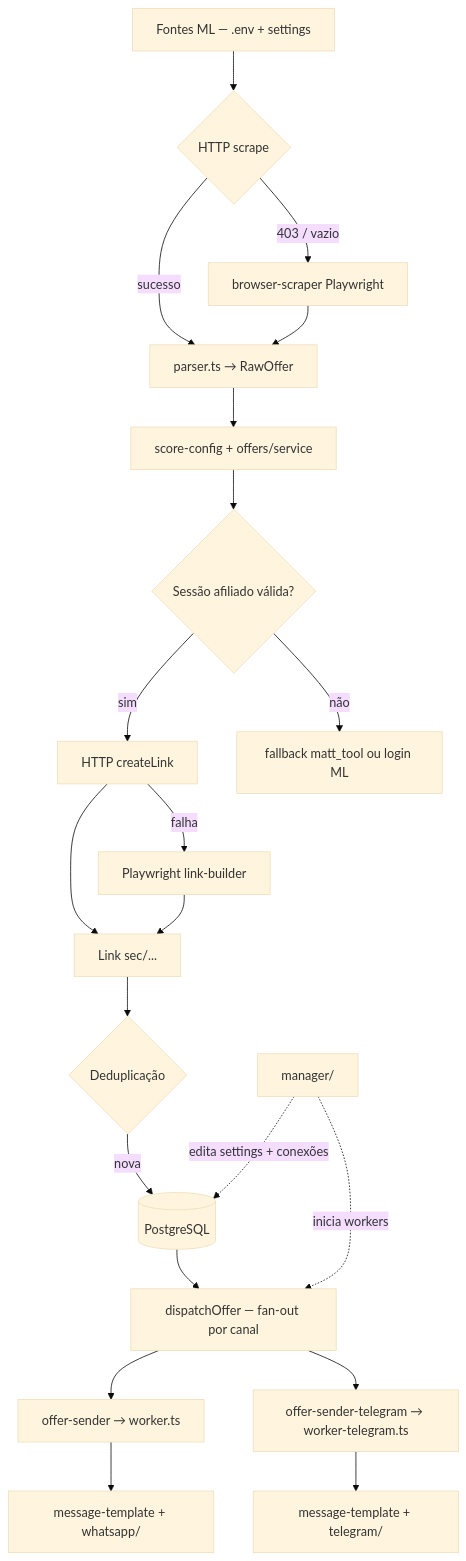
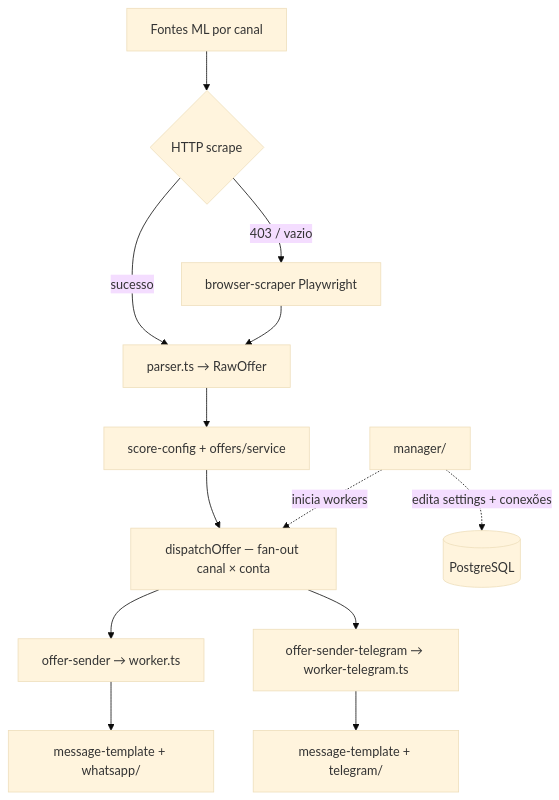
The diagram in .cursor/docs/architecture.md (YoungC0DE/radar-ofertas), drawn with Mermaid (base theme) before and after one commit. The commit also changed other lines of this file and 23 other files, not shown here.

````diff
--- a/.cursor/docs/architecture.md
+++ b/.cursor/docs/architecture.md
@@ -75,23 +86,15 @@
 ```mermaid
 flowchart TD
-    A[Fontes ML — .env + settings] --> B{HTTP scrape}
+    A[Fontes ML por canal] --> B{HTTP scrape}
     B -->|sucesso| C[parser.ts → RawOffer]
     B -->|403 / vazio| D[browser-scraper Playwright]
     D --> C
     C --> E[score-config + offers/service]
-    E --> F{Sessão afiliado válida?}
-    F -->|sim| G[HTTP createLink]
-    F -->|não| H[fallback matt_tool ou login ML]
-    G -->|falha| I[Playwright link-builder]
-    G --> J[Link sec/...]
-    I --> J
-    J --> K{Deduplicação}
-    K -->|nova| L[(PostgreSQL)]
-    L --> M[dispatchOffer — fan-out por canal]
-    M --> N[offer-sender → worker.ts]
-    M --> P[offer-sender-telegram → worker-telegram.ts]
-    N --> Q[message-template + whatsapp/]
-    P --> R[message-template + telegram/]
-    O[manager/] -.->|edita settings + conexões| L
-    O -.->|inicia workers| M
+    E --> F[dispatchOffer — fan-out canal × conta]
+    F --> G[offer-sender → worker.ts]
+    F --> H[offer-sender-telegram → worker-telegram.ts]
+    G --> I[message-template + whatsapp/]
+    H --> J[message-template + telegram/]
+    K[manager/] -.->|edita settings + conexões| L[(PostgreSQL)]
+    K -.->|inicia workers| F
 ```
````
